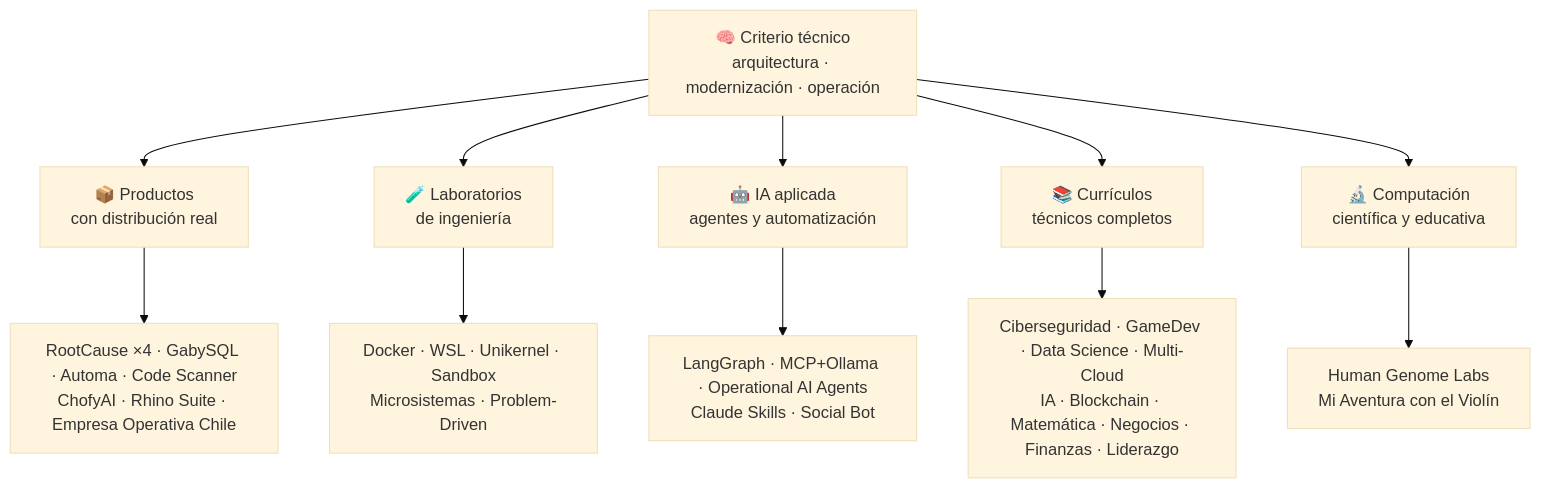
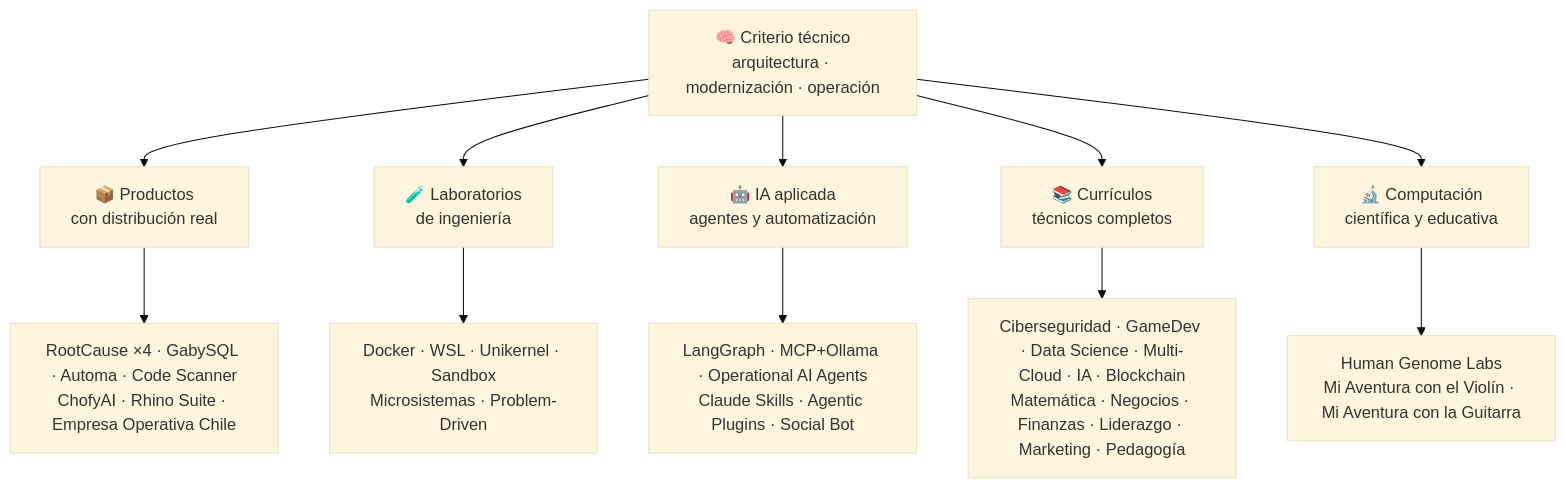
One commit to vladimiracunadev-create/vladimiracunadev-create changed the diagram in README.md. Above: the diagram before and after it, drawn with Mermaid (base theme). The commit also changed other lines of this file, not shown here.

````diff
--- a/README.md
+++ b/README.md
@@ -70,14 +70,14 @@
 ```mermaid
 flowchart TD
     A["🧠 Criterio técnico<br/>arquitectura · modernización · operación"] --> B["📦 Productos<br/>con distribución real"]
     A --> C["🧪 Laboratorios<br/>de ingeniería"]
     A --> D["🤖 IA aplicada<br/>agentes y automatización"]
     A --> E["📚 Currículos<br/>técnicos completos"]
     A --> F["🔬 Computación<br/>científica y educativa"]
 
     B --> B1["RootCause ×4 · GabySQL · Automa · Code Scanner<br/>ChofyAI · Rhino Suite · Empresa Operativa Chile"]
     C --> C1["Docker · WSL · Unikernel · Sandbox<br/>Microsistemas · Problem-Driven"]
-    D --> D1["LangGraph · MCP+Ollama · Operational AI Agents<br/>Claude Skills · Social Bot"]
-    E --> E1["Ciberseguridad · GameDev · Data Science · Multi-Cloud<br/>IA · Blockchain · Matemática · Negocios · Finanzas · Liderazgo"]
-    F --> F1["Human Genome Labs<br/>Mi Aventura con el Violín"]
+    D --> D1["LangGraph · MCP+Ollama · Operational AI Agents<br/>Claude Skills · Agentic Plugins · Social Bot"]
+    E --> E1["Ciberseguridad · GameDev · Data Science · Multi-Cloud · IA · Blockchain<br/>Matemática · Negocios · Finanzas · Liderazgo · Marketing · Pedagogía"]
+    F --> F1["Human Genome Labs<br/>Mi Aventura con el Violín · Mi Aventura con la Guitarra"]
 ```
````
